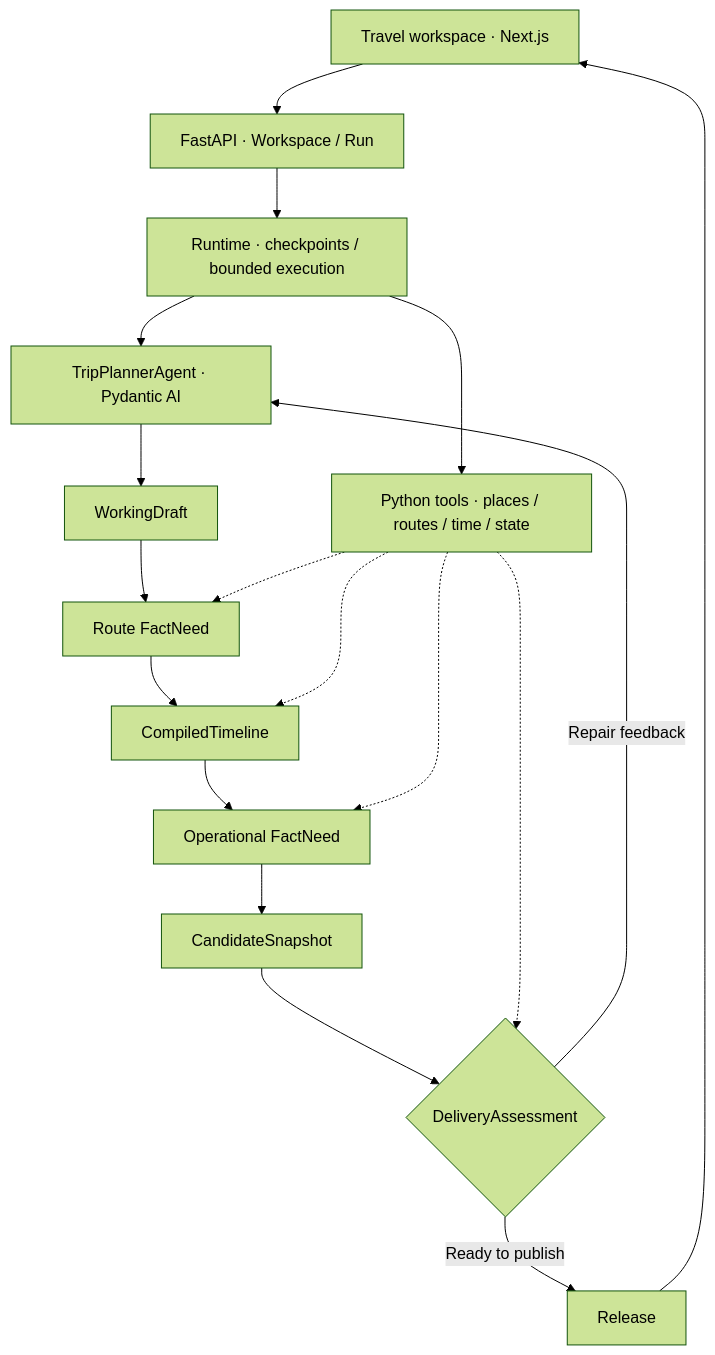
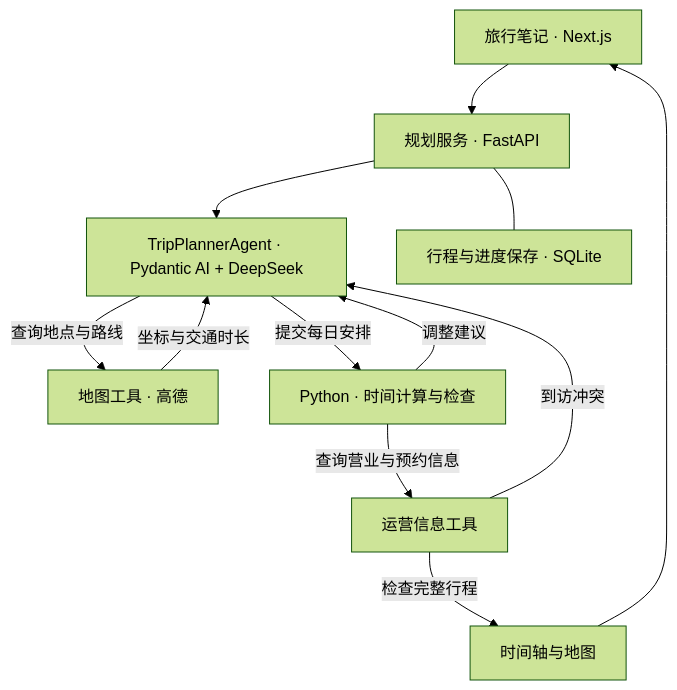
The diagram in README.zh-CN.md (tutuwangk/Trajecta-Agent), drawn with Mermaid (forest theme) before and after one commit. The commit also changed other lines of this file and 2 other files, not shown here.

Commit message:
Clarify agent architecture and simplify delivery feedback

````diff
--- a/README.zh-CN.md
+++ b/README.zh-CN.md
@@ -23,20 +23,14 @@
 ```mermaid
 flowchart TD
-  UI["Travel workspace · Next.js"] --> API["FastAPI · Workspace / Run"]
-  API --> Runtime["Runtime · checkpoints / bounded execution"]
-  Runtime --> Agent["TripPlannerAgent · Pydantic AI"]
-  Agent --> Draft["WorkingDraft"]
-  Draft --> Routes["Route FactNeed"]
-  Routes --> Timeline["CompiledTimeline"]
-  Timeline --> Operations["Operational FactNeed"]
-  Operations --> Candidate["CandidateSnapshot"]
-  Candidate --> Assessment{"DeliveryAssessment"}
-  Assessment -->|"Repair feedback"| Agent
-  Assessment -->|"Ready to publish"| Release["Release"]
-  Release --> UI
-  Runtime --> Tools["Python tools · places / routes / time / state"]
-  Tools -.-> Routes
-  Tools -.-> Timeline
-  Tools -.-> Operations
-  Tools -.-> Assessment
+  UI["旅行笔记 · Next.js"] --> API["规划服务 · FastAPI"]
+  API --> Agent["TripPlannerAgent · Pydantic AI + DeepSeek"]
+  Agent -->|"查询地点与路线"| Maps["地图工具 · 高德"]
+  Maps -->|"坐标与交通时长"| Agent
+  Agent -->|"提交每日安排"| Schedule["Python · 时间计算与检查"]
+  Schedule -->|"调整建议"| Agent
+  Schedule -->|"查询营业与预约信息"| Hours["运营信息工具"]
+  Hours -->|"到访冲突"| Agent
+  Hours -->|"检查完整行程"| Result["时间轴与地图"]
+  Result --> UI
+  API --- Store["行程与进度保存 · SQLite"]
 ```
````
